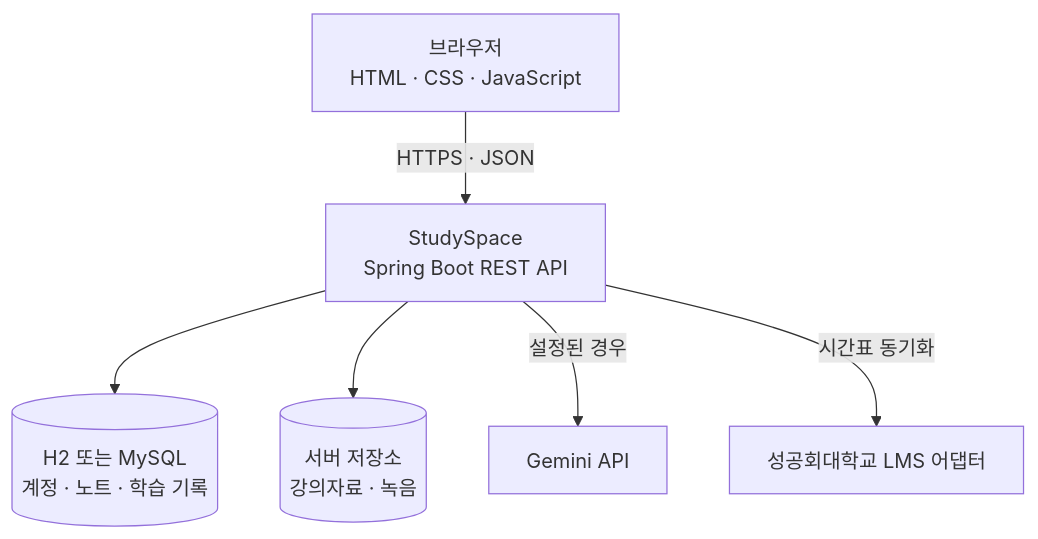
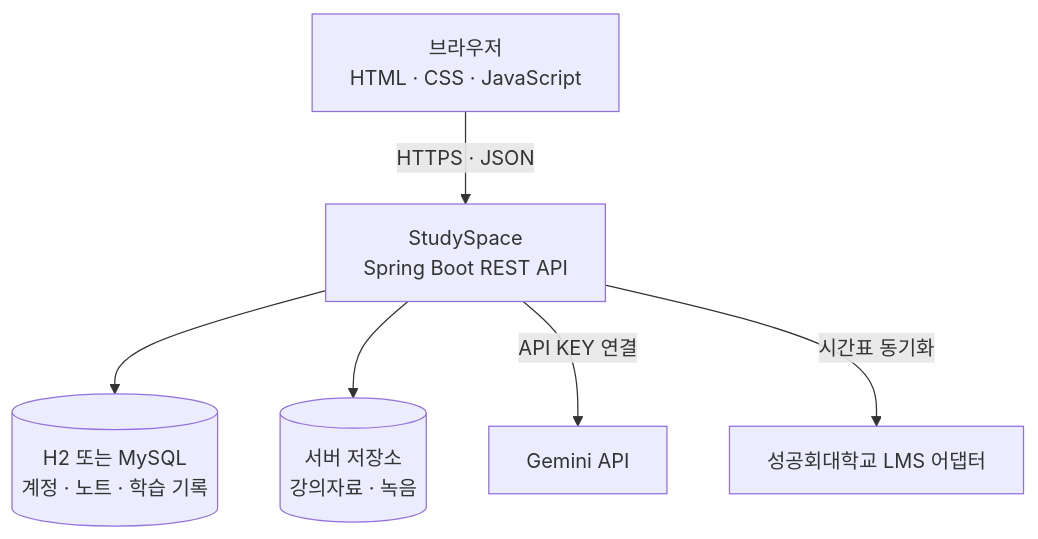
One commit to junseok0304/studyspace changed the second of 2 diagrams in README.md. Above: the diagram before and after it, drawn with Mermaid.

````diff
--- a/README.md
+++ b/README.md
@@ -63,8 +63,8 @@
 ```mermaid
 flowchart TB
     Browser["브라우저<br/>HTML · CSS · JavaScript"] -->|HTTPS · JSON| App["StudySpace<br/>Spring Boot REST API"]
     App --> DB[("H2 또는 MySQL<br/>계정 · 노트 · 학습 기록")]
     App --> Files[("서버 저장소<br/>강의자료 · 녹음")]
-    App -->|설정된 경우| Gemini[Gemini API]
+    App -->|API KEY 연결| Gemini[Gemini API]
     App -->|시간표 동기화| LMS[성공회대학교 LMS 어댑터]
 ```
````
